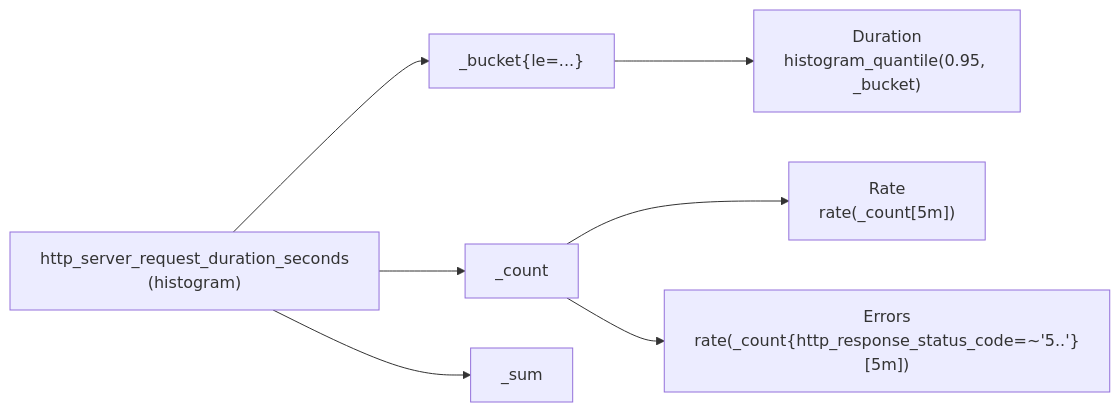
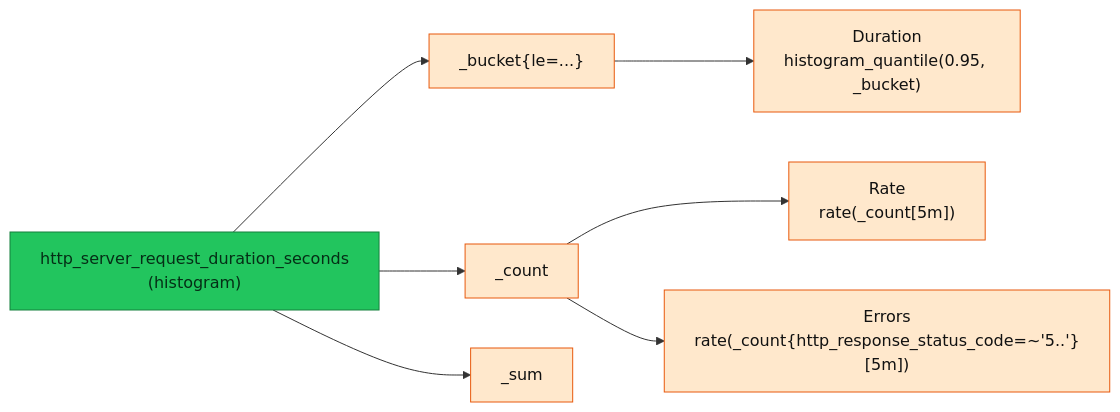
One commit to duynhlab/homelab changed the second of 7 diagrams in docs/observability/runbooks/observability-deep-dive.md. Above: the diagram before and after it, drawn with Mermaid. The commit also changed other lines of this file and 33 other files, not shown here.

First line of the commit message:
Refresh observability diagrams (#516)

````diff
--- a/docs/observability/runbooks/observability-deep-dive.md
+++ b/docs/observability/runbooks/observability-deep-dive.md
@@ -113,10 +118,15 @@
 ```mermaid
 flowchart LR
     H["http_server_request_duration_seconds\n(histogram)"] --> B["_bucket{le=...}"]
     H --> C["_count"]
     H --> S["_sum"]
 
     C --> Rate["Rate\nrate(_count[5m])"]
     C --> Errors["Errors\nrate(_count{http_response_status_code=~'5..'}[5m])"]
     B --> Duration["Duration\nhistogram_quantile(0.95, _bucket)"]
+
+    classDef metric fill:#ffe8cc,color:#111,stroke:#e8590c;
+    classDef data fill:#22c55e,color:#052e16,stroke:#15803d;
+    class H data;
+    class B,C,S,Rate,Errors,Duration metric;
 ```
````
